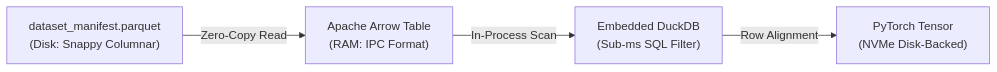
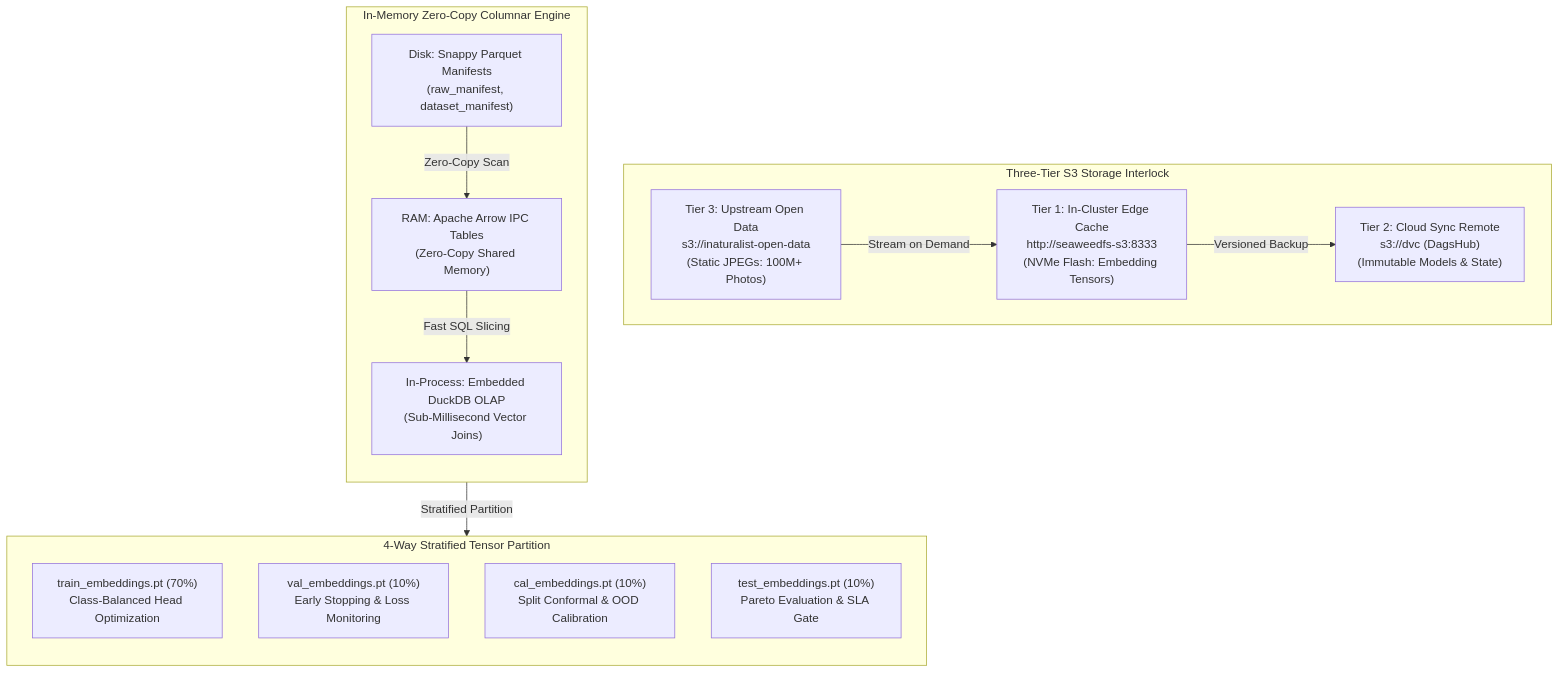
One commit to foersben/taxon-vision-mlops changed the first of 2 diagrams in docs/mlops_pipeline/storage_and_databases.md. Above: the diagram before and after it, drawn with Mermaid. The commit also changed other lines of this file and 4 other files, not shown here.

Commit message:
docs(mlops): document polyglot storage matrix and add interactive 7-stage DVC DAG inspector

````diff
--- a/docs/mlops_pipeline/storage_and_databases.md
+++ b/docs/mlops_pipeline/storage_and_databases.md
@@ -37,6 +17,31 @@
 ```mermaid
-flowchart LR
-    P["dataset_manifest.parquet<br/>(Disk: Snappy Columnar)"] -->|Zero-Copy Read| A["Apache Arrow Table<br/>(RAM: IPC Format)"]
-    A -->|In-Process Scan| D["Embedded DuckDB<br/>(Sub-ms SQL Filter)"]
-    D -->|Row Alignment| T["PyTorch Tensor<br/>(NVMe Disk-Backed)"]
+flowchart TD
+    subgraph S3Interlock["Three-Tier S3 Storage Interlock"]
+        direction LR
+        S3Upstream["Tier 3: Upstream Open Data<br/>s3://inaturalist-open-data<br/>(Static JPEGs: 100M+ Photos)"]
+        S3Edge["Tier 1: In-Cluster Edge Cache<br/>http://seaweedfs-s3:8333<br/>(NVMe Flash: Embedding Tensors)"]
+        S3Cloud["Tier 2: Cloud Sync Remote<br/>s3://dvc (DagsHub)<br/>(Immutable Models & State)"]
+    end
+
+    subgraph ColumnarEngine["In-Memory Zero-Copy Columnar Engine"]
+        direction TB
+        ParquetDisk["Disk: Snappy Parquet Manifests<br/>(raw_manifest, dataset_manifest)"]
+        ArrowIPC["RAM: Apache Arrow IPC Tables<br/>(Zero-Copy Shared Memory)"]
+        DuckDBQuery["In-Process: Embedded DuckDB OLAP<br/>(Sub-Millisecond Vector Joins)"]
+    end
+
+    subgraph TensorSplits["4-Way Stratified Tensor Partition"]
+        direction TB
+        TrainT["train_embeddings.pt (70%)<br/>Class-Balanced Head Optimization"]
+        ValT["val_embeddings.pt (10%)<br/>Early Stopping & Loss Monitoring"]
+        CalT["cal_embeddings.pt (10%)<br/>Split Conformal & OOD Calibration"]
+        TestT["test_embeddings.pt (10%)<br/>Pareto Evaluation & SLA Gate"]
+    end
+
+    S3Upstream -->|Stream on Demand| S3Edge
+    S3Edge -->|Versioned Backup| S3Cloud
+
+    ParquetDisk -->|Zero-Copy Scan| ArrowIPC
+    ArrowIPC -->|Fast SQL Slicing| DuckDBQuery
+    DuckDBQuery -->|Stratified Partition| TensorSplits
 ```
````
